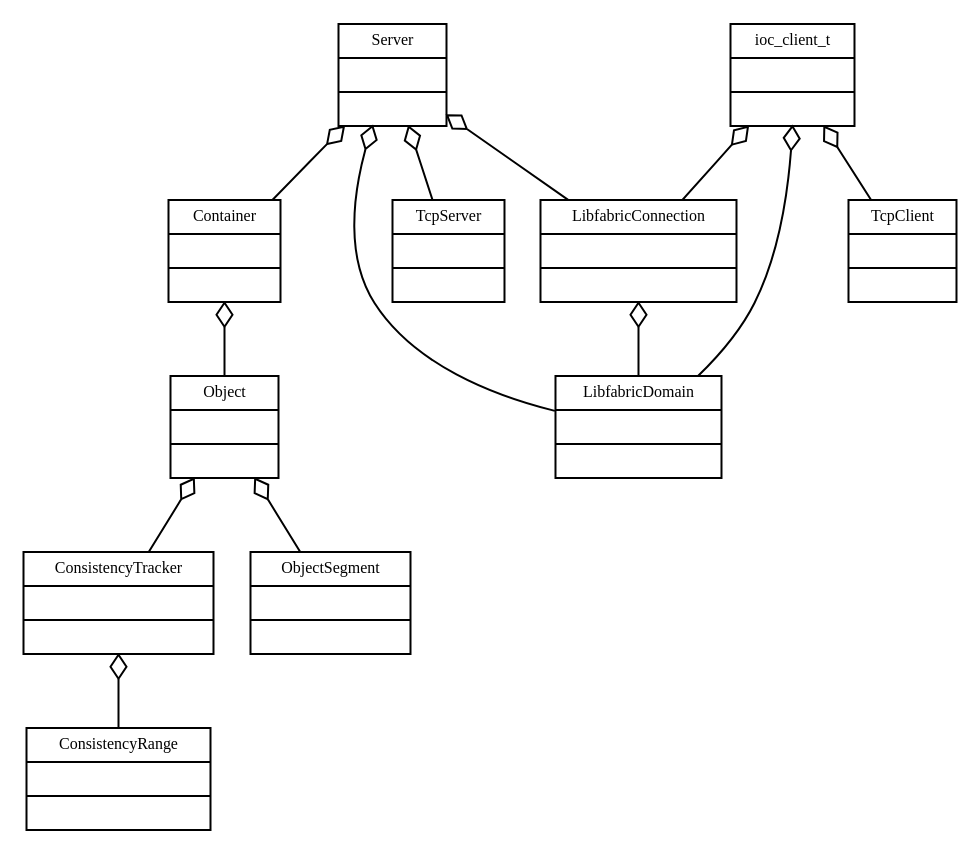
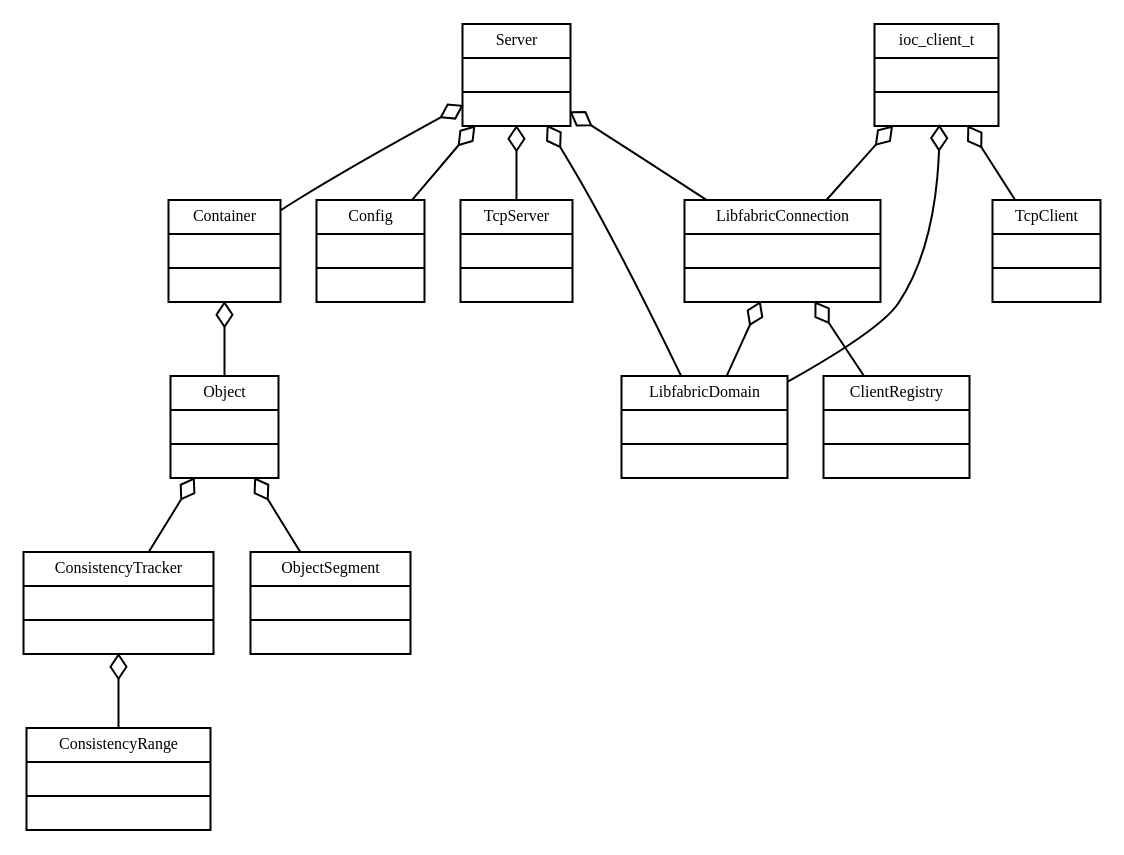
The diagram in doc/images/uml.dot (FR-GRE-BDS-HPC-SW-SAGE2-GMA/iocatcher), drawn with Graphviz before and after one commit. The commit also changed 1 other file, not shown here.

Commit message:
Update UML

```diff
--- a/doc/images/uml.dot
+++ b/doc/images/uml.dot
@@ -1,82 +1,92 @@
 digraph IOCATCHER
 {
 	//Some fonts
 	fontname = "Bitstream Vera Sans"
 	fontsize = 8
 	
 	//configure node
 	node [
 		fontname = "Bitstream Vera Sans"
 		fontsize = 8
 		shape = "record"
 	]
 	
 	//configure edge
 	edge [
 		arrowtail = "empty"
 		dir=back
 	]
 	
 	//classes
 	Server [
 		label = "{Server|\l|\l}"
 	]
 
 	Container [
 		label = "{Container|\l|\l}"
 	]
 
 	Object [
 		label = "{Object|\l|\l}"
 	]
 
 	ConsistencyTracker [
 		label = "{ConsistencyTracker|\l|\l}"
 	]
 
 	LibfabricConnection [
 		label = "{LibfabricConnection|\l|\l}"
 	]
 
 	LibfabricDomain [
 		label = "{LibfabricDomain|\l|\l}"
 	]
 
 	TcpServer [
 		label = "{TcpServer|\l|\l}"
 	]
 
 	TcpClient [
 		label = "{TcpClient|\l|\l}"
 	]
 
 	ioc_client_t [
 		label = "{ioc_client_t|\l|\l}"
 	]
 
 	ConsistencyRange [
 		label = "{ConsistencyRange|\l|\l}"
 	]
 
 	ObjectSegment [
 		label = "{ObjectSegment|\l|\l}"
 	]
 
+	Config [
+		label = "{Config|\l|\l}"
+	]
+
+	ClientRegistry [
+		label = "{ClientRegistry|\l|\l}"
+	]
+
 	//inheritance links
 	//Policy -> FifoWindowPolicy
 
 	//composition
 	//Mapping -> Policy[arrowtail=odiamond]
+	Server -> Config[arrowtail=odiamond]
 	Server -> Container[arrowtail=odiamond]
 	Server -> TcpServer[arrowtail=odiamond]
 	Server -> LibfabricDomain[arrowtail=odiamond]
 	Server -> LibfabricConnection[arrowtail=odiamond]
+	LibfabricConnection -> ClientRegistry[arrowtail=odiamond]
 	LibfabricConnection -> LibfabricDomain[arrowtail=odiamond]
 	Container -> Object[arrowtail=odiamond]
 	Object -> ObjectSegment[arrowtail=odiamond]
 	Object -> ConsistencyTracker[arrowtail=odiamond]
 	ConsistencyTracker -> ConsistencyRange[arrowtail=odiamond]
 	ioc_client_t -> TcpClient[arrowtail=odiamond]
 	ioc_client_t -> LibfabricDomain[arrowtail=odiamond]
 	ioc_client_t -> LibfabricConnection[arrowtail=odiamond]
 }
```
